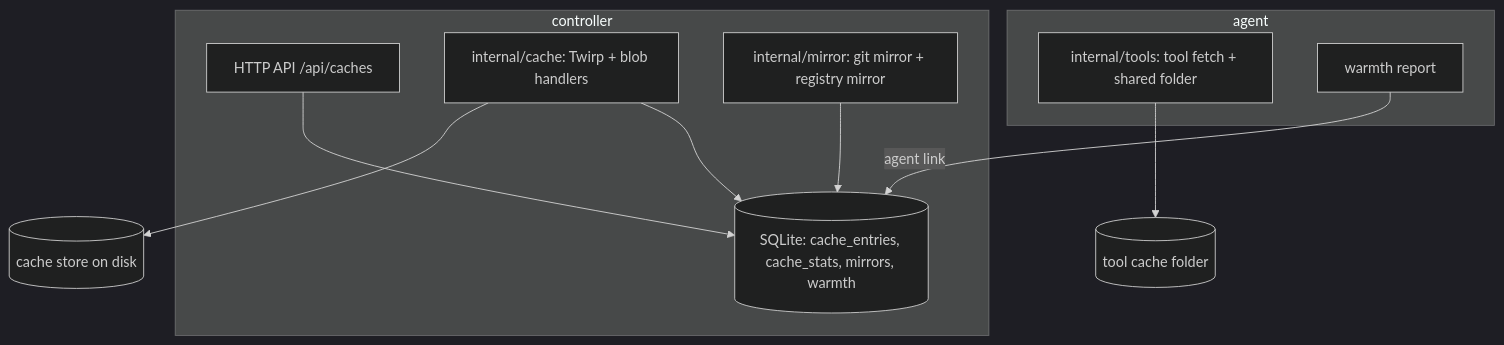
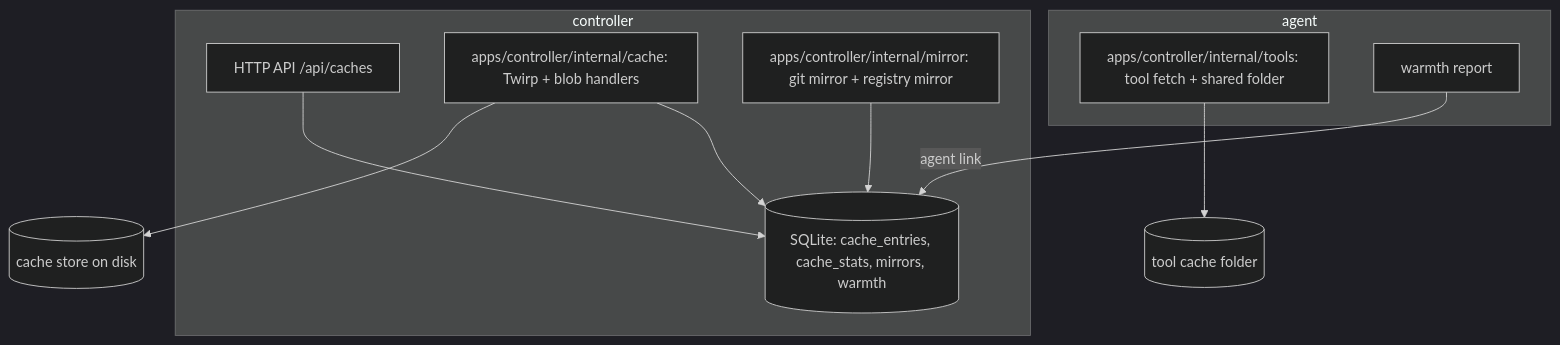
One commit to luis-mc/ci-runners-shared-pool changed the second of 2 diagrams in docs/features/caches/spec.md. Above: the diagram before and after it, drawn with Mermaid (dark theme). The commit also changed other lines of this file and 3388 other files, not shown here.

First line of the commit message:
CRSP306: move the Go server to apps/controller and the console to apps/controller-console (#484)

````diff
--- a/docs/features/caches/spec.md
+++ b/docs/features/caches/spec.md
@@ -349,19 +349,19 @@
 ```mermaid
 flowchart TB
   subgraph controller
     api[HTTP API /api/caches]
-    twirp[internal/cache: Twirp + blob handlers]
+    twirp[apps/controller/internal/cache: Twirp + blob handlers]
     idx[(SQLite: cache_entries, cache_stats, mirrors, warmth)]
-    mir[internal/mirror: git mirror + registry mirror]
+    mir[apps/controller/internal/mirror: git mirror + registry mirror]
   end
   subgraph agent
-    tools[internal/tools: tool fetch + shared folder]
+    tools[apps/controller/internal/tools: tool fetch + shared folder]
     rep[warmth report]
   end
   twirp --> idx
   twirp --> blobs[(cache store on disk)]
   mir --> idx
   tools --> tc[(tool cache folder)]
   rep -- agent link --> idx
   api --> idx
 ```
````
